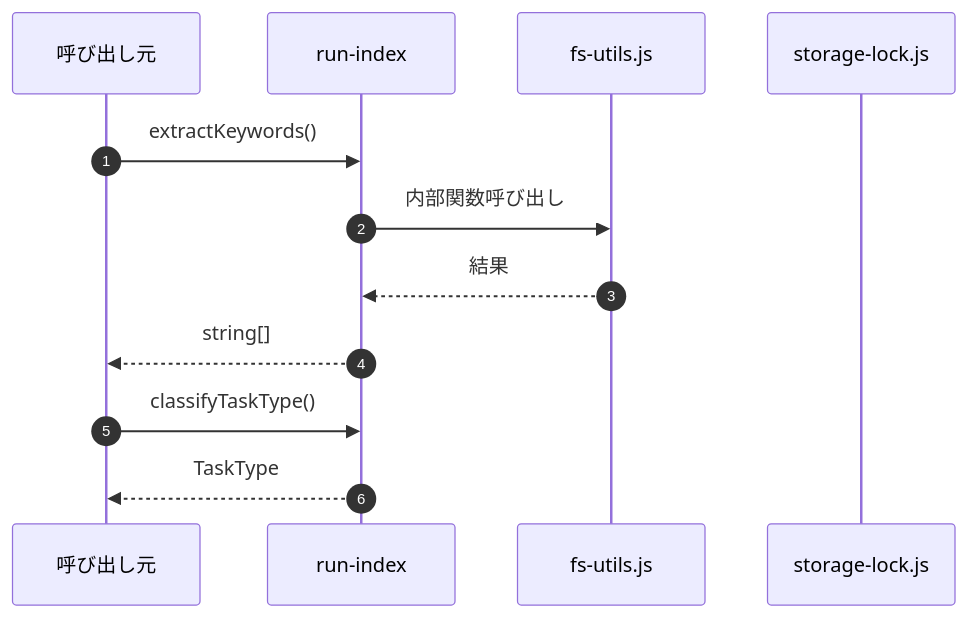
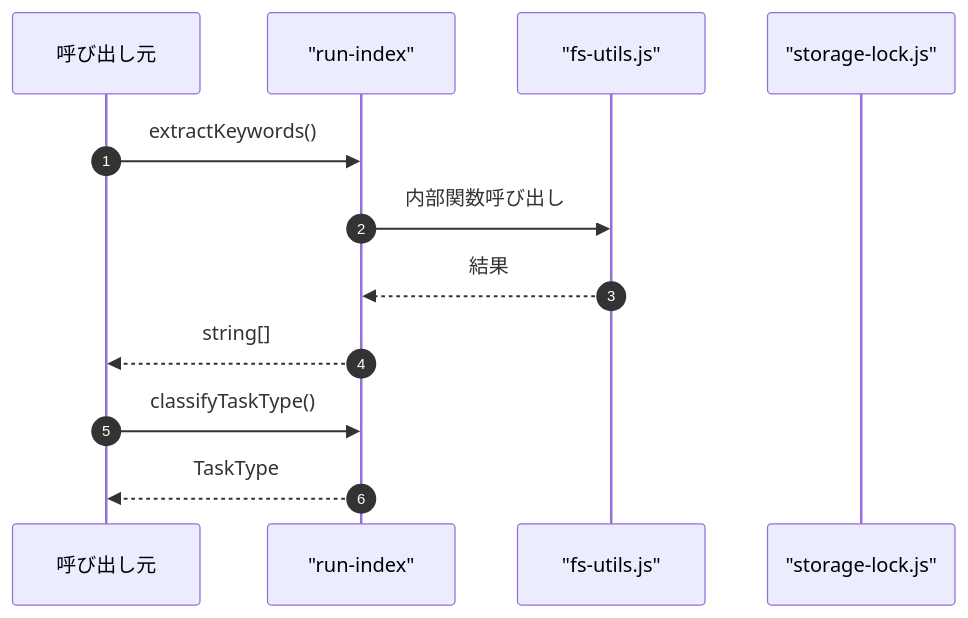
The fourth of 4 diagrams in ABDD/.pi/lib/run-index.md (Mekann2904/mekann), drawn with Mermaid before and after one commit. The commit also changed other lines of this file and 152 other files, not shown here.

First line of the commit message:
fix: Mermaid図のラベル内の特殊文字をエスケープする

````diff
--- a/ABDD/.pi/lib/run-index.md
+++ b/ABDD/.pi/lib/run-index.md
@@ -119,16 +119,16 @@
 ```mermaid
 sequenceDiagram
   autonumber
   participant Caller as 呼び出し元
-  participant run_index as run-index
-  participant fs_utils_js as fs-utils.js
-  participant storage_lock_js as storage-lock.js
+  participant run_index as "run-index"
+  participant fs_utils_js as "fs-utils.js"
+  participant storage_lock_js as "storage-lock.js"
 
   Caller->>run_index: extractKeywords()
   run_index->>fs_utils_js: 内部関数呼び出し
   fs_utils_js-->>run_index: 結果
   run_index-->>Caller: string[]
 
   Caller->>run_index: classifyTaskType()
   run_index-->>Caller: TaskType
 ```
````
